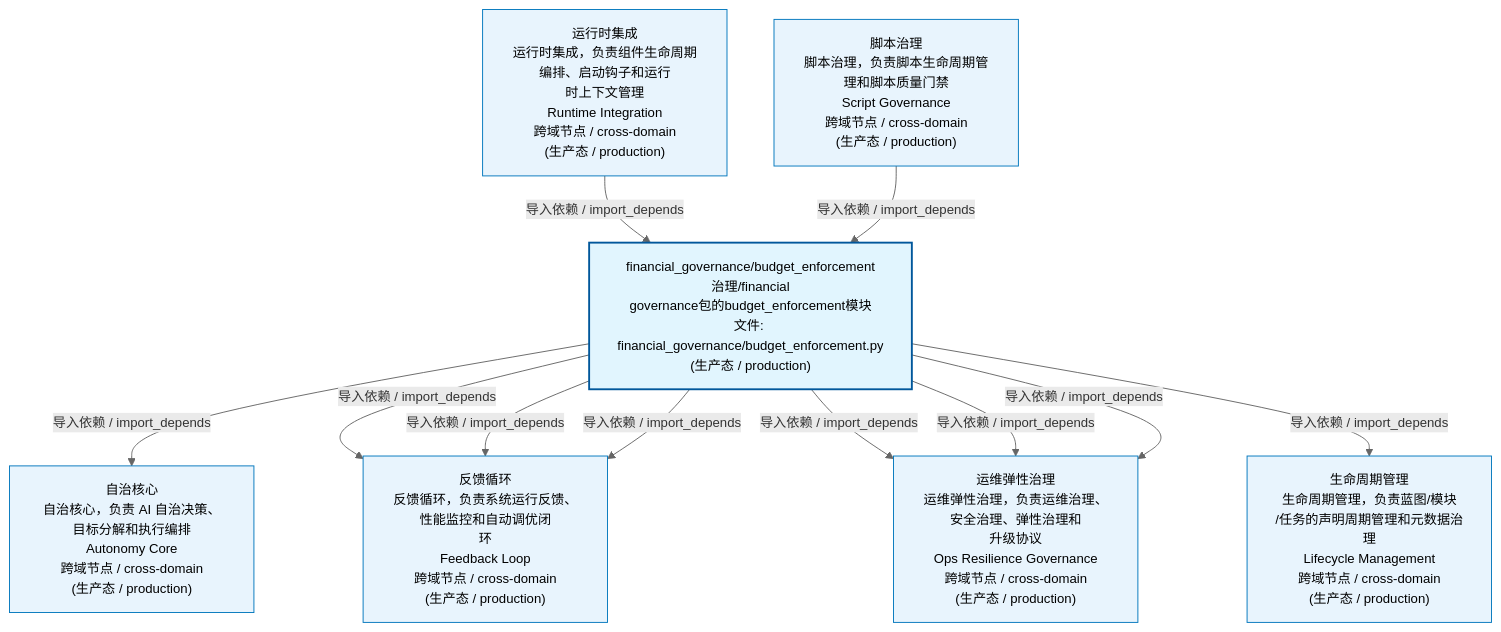
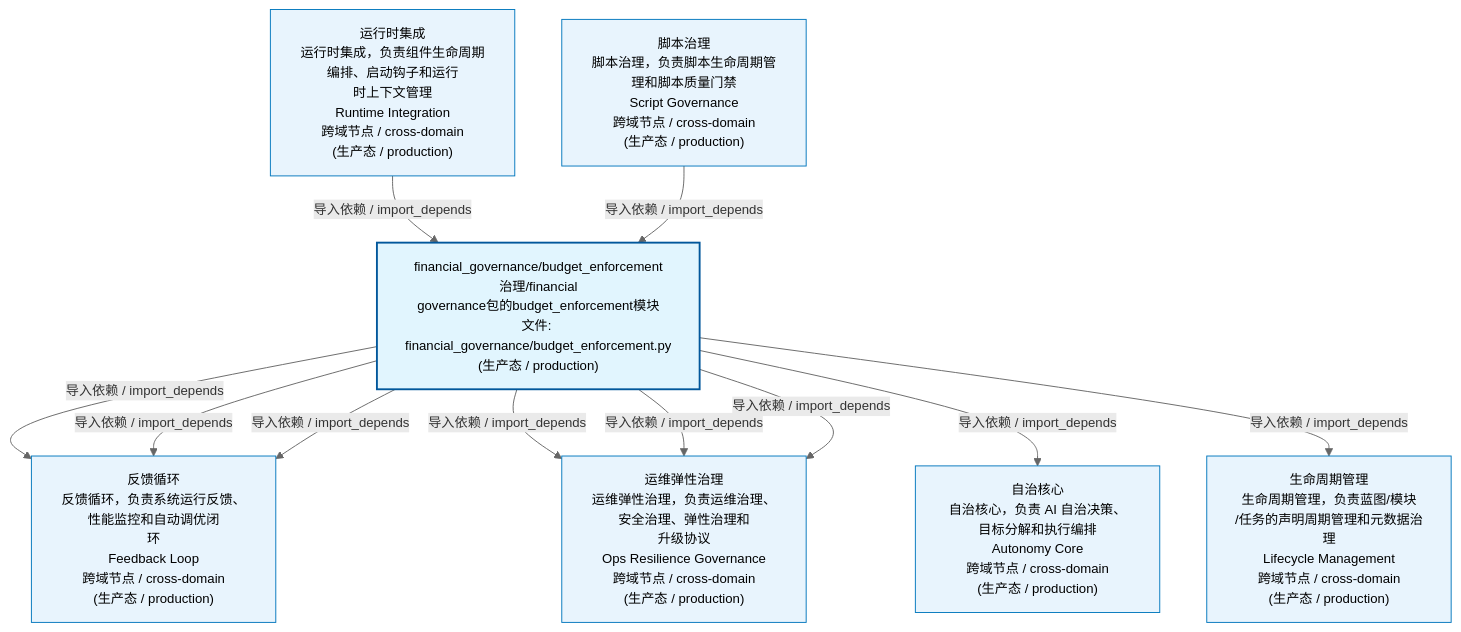
Before and after one commit to xuanFelixVan/ZephyrAlpha: the first of 3 diagrams in docs/02_enterprise_architecture/02_domain_architecture_docs/54_d_gov_repair.md, drawn with Mermaid. The commit also changed 46 other files, not shown here.

````diff
--- a/docs/02_enterprise_architecture/02_domain_architecture_docs/54_d_gov_repair.md
+++ b/docs/02_enterprise_architecture/02_domain_architecture_docs/54_d_gov_repair.md
@@ -53,27 +53,27 @@
 ```mermaid
 %%{init: {'theme': 'base', 'themeVariables': {'primaryColor': '#eaeaea', 'primaryTextColor': '#333333', 'primaryBorderColor': '#666666', 'lineColor': '#666666', 'secondaryColor': '#eaeaea', 'tertiaryColor': '#eaeaea', 'fontSize': '14px'}}}%%
 flowchart TD
     src_zephyr_governance_financial_governance_budget_enforcement_py["financial_governance/budget_enforcement<br/>治理/financial<br/>governance包的budget_enforcement模块<br/>文件: financial_governance/budget_enforcement.py<br/>(生产态 / production)"]
-    D_AUTONOMY_CORE["自治核心<br/>自治核心，负责 AI 自治决策、目标分解和执行编排<br/>Autonomy Core<br/>跨域节点 / cross-domain<br/>(生产态 / production)"]
-    src_zephyr_governance_financial_governance_budget_enforcement_py -->|导入依赖 / import_depends| D_AUTONOMY_CORE
     D_OPS["反馈循环<br/>反馈循环，负责系统运行反馈、性能监控和自动调优闭<br/>环<br/>Feedback Loop<br/>跨域节点 / cross-domain<br/>(生产态 / production)"]
     src_zephyr_governance_financial_governance_budget_enforcement_py -->|导入依赖 / import_depends| D_OPS
     src_zephyr_governance_financial_governance_budget_enforcement_py -->|导入依赖 / import_depends| D_OPS
     D_GOV_OPS_RESILIENCE["运维弹性治理<br/>运维弹性治理，负责运维治理、安全治理、弹性治理和<br/>升级协议<br/>Ops Resilience Governance<br/>跨域节点 / cross-domain<br/>(生产态 / production)"]
     src_zephyr_governance_financial_governance_budget_enforcement_py -->|导入依赖 / import_depends| D_GOV_OPS_RESILIENCE
     src_zephyr_governance_financial_governance_budget_enforcement_py -->|导入依赖 / import_depends| D_GOV_OPS_RESILIENCE
     src_zephyr_governance_financial_governance_budget_enforcement_py -->|导入依赖 / import_depends| D_GOV_OPS_RESILIENCE
     src_zephyr_governance_financial_governance_budget_enforcement_py -->|导入依赖 / import_depends| D_OPS
+    D_AUTONOMY_CORE["自治核心<br/>自治核心，负责 AI 自治决策、目标分解和执行编排<br/>Autonomy Core<br/>跨域节点 / cross-domain<br/>(生产态 / production)"]
+    src_zephyr_governance_financial_governance_budget_enforcement_py -->|导入依赖 / import_depends| D_AUTONOMY_CORE
     D_GOVERNANCE["生命周期管理<br/>生命周期管理，负责蓝图/模块<br/>/任务的声明周期管理和元数据治理<br/>Lifecycle Management<br/>跨域节点 / cross-domain<br/>(生产态 / production)"]
     src_zephyr_governance_financial_governance_budget_enforcement_py -->|导入依赖 / import_depends| D_GOVERNANCE
     D_INFRA_RUNTIME["运行时集成<br/>运行时集成，负责组件生命周期编排、启动钩子和运行<br/>时上下文管理<br/>Runtime Integration<br/>跨域节点 / cross-domain<br/>(生产态 / production)"]
     D_INFRA_RUNTIME -->|导入依赖 / import_depends| src_zephyr_governance_financial_governance_budget_enforcement_py
     D_GOV_SCRIPTS["脚本治理<br/>脚本治理，负责脚本生命周期管理和脚本质量门禁<br/>Script Governance<br/>跨域节点 / cross-domain<br/>(生产态 / production)"]
     D_GOV_SCRIPTS -->|导入依赖 / import_depends| src_zephyr_governance_financial_governance_budget_enforcement_py
     classDef production fill:#e1f5fe,stroke:#01579b,stroke-width:2px,color:#000
     classDef design fill:#fff3e0,stroke:#e65100,stroke-width:2px,color:#000,stroke-dasharray: 5 5
     classDef external_prod fill:#e8f4fd,stroke:#0277bd,stroke-width:1px,color:#000
     classDef external_design fill:#fff8e7,stroke:#ef6c00,stroke-width:1px,color:#000,stroke-dasharray: 5 5
     class src_zephyr_governance_financial_governance_budget_enforcement_py production
-    class D_AUTONOMY_CORE,D_OPS,D_GOV_OPS_RESILIENCE,D_GOVERNANCE,D_INFRA_RUNTIME,D_GOV_SCRIPTS external_prod
+    class D_OPS,D_GOV_OPS_RESILIENCE,D_AUTONOMY_CORE,D_GOVERNANCE,D_INFRA_RUNTIME,D_GOV_SCRIPTS external_prod
 ```
````
